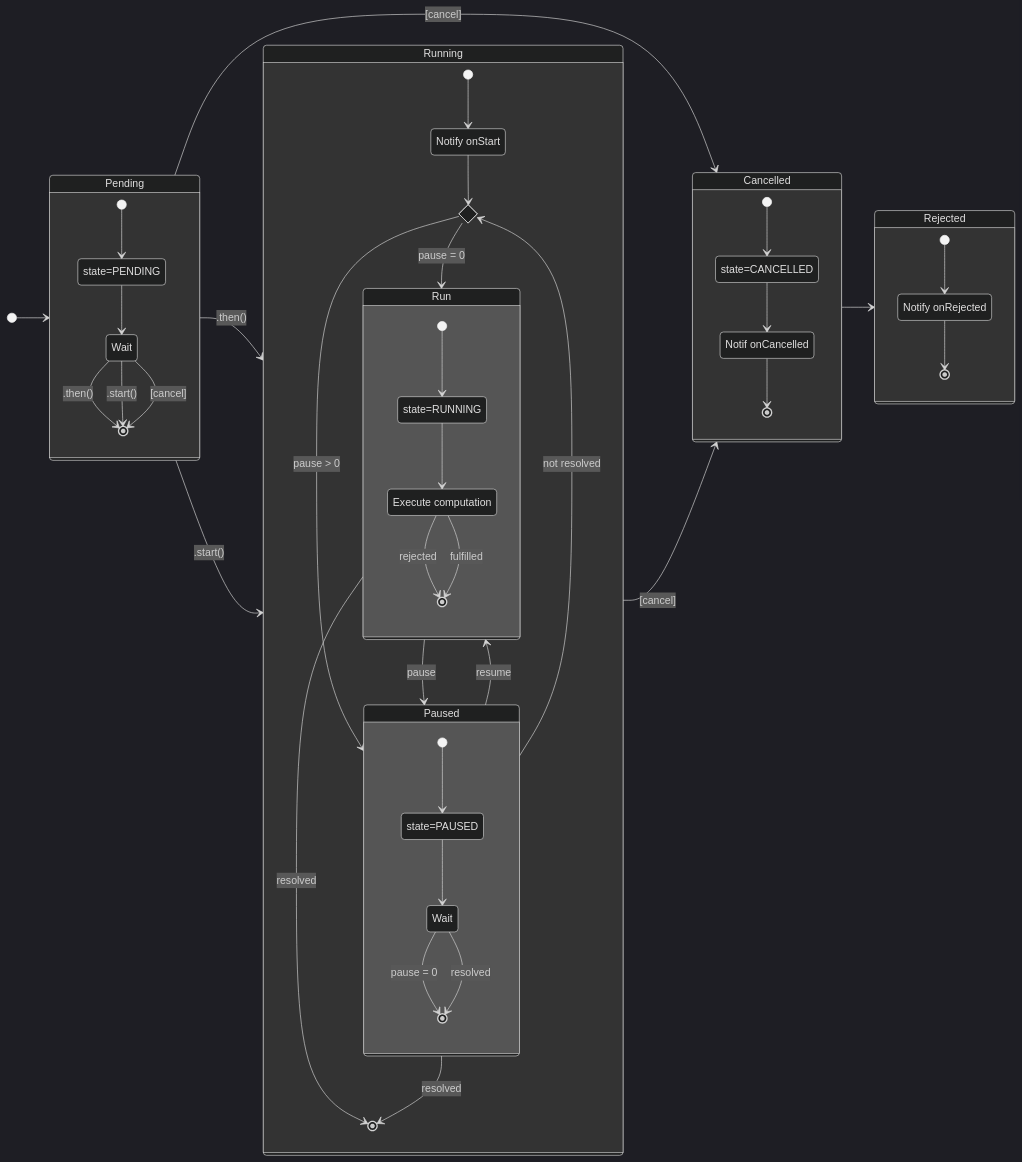
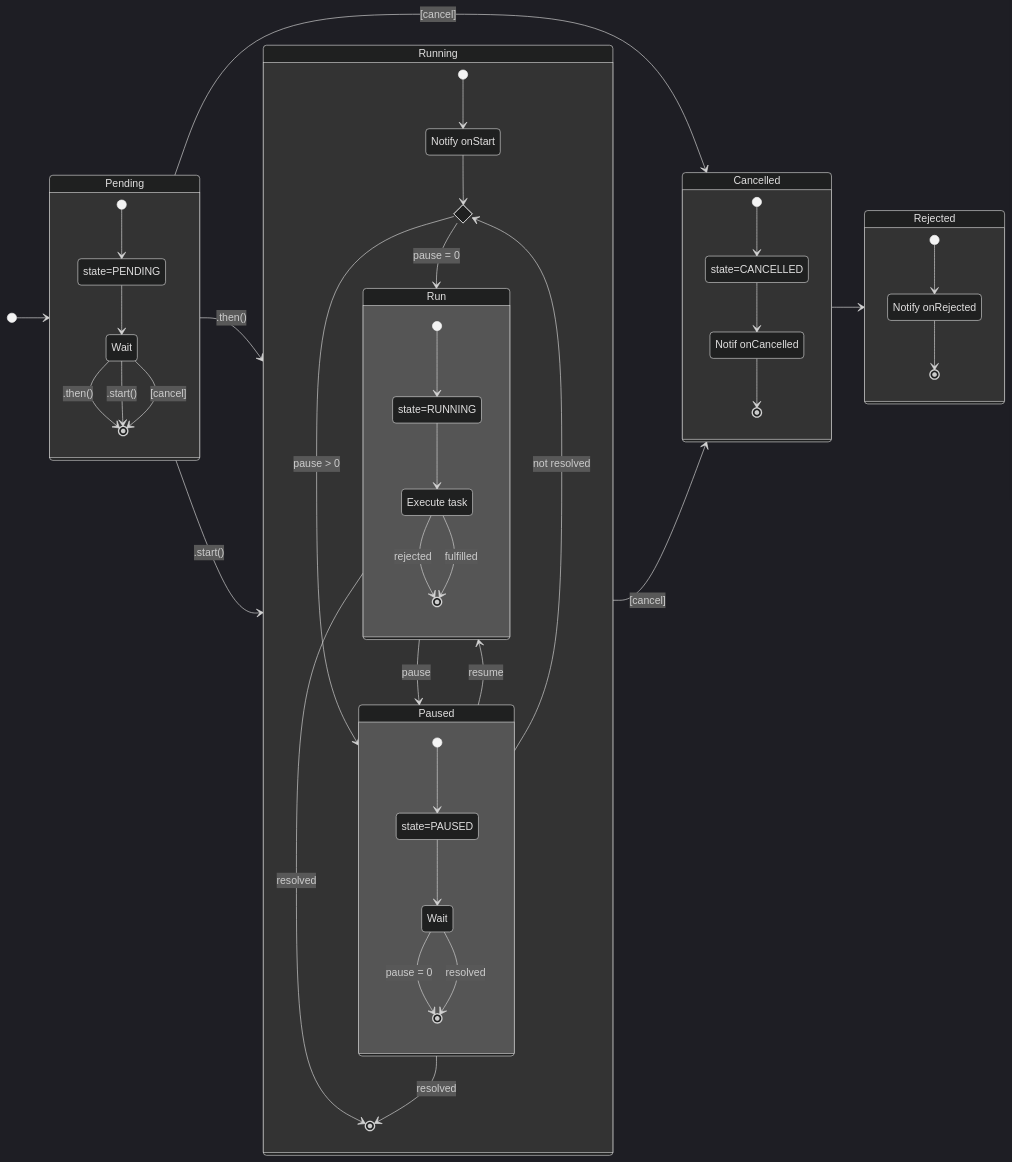
The diagram in src/images/cancel.mmd (BobKerns/better-future), drawn with Mermaid (dark theme) before and after one commit. The commit also changed 18 other files, not shown here.

Commit message:
Massive rename: computation -> task.

```diff
--- a/src/images/cancel.mmd
+++ b/src/images/cancel.mmd
@@ -1,61 +1,61 @@
 stateDiagram-v2
     direction LR
 
     [*] --> Pending
     Pending--> Running : .then()
     Pending--> Running : .start()
     Pending--> Cancelled : [cancel]
     Running --> Cancelled : [cancel]
     Cancelled --> Rejected
 
     state Pending {
       [*] --> state=PENDING
       state=PENDING --> Wait_pending
       Wait_pending --> [*] : .then()
       Wait_pending --> [*] : .start()
       Wait_pending --> [*] : [cancel]
       Wait_pending : Wait
     }
 
 state Running {
       state if_pause <<choice>>
 
       [*] --> NotifyStarted
       NotifyStarted --> if_pause
       if_pause --> Run : pause = 0
       if_pause --> Paused : pause > 0
       Run --> Paused : pause
       Paused --> Run : resume
       Run --> [*] : resolved
       Paused --> [*] : resolved
       Paused --> if_pause : not resolved
       NotifyStarted : Notify onStart
 
       state Run {
         [*] --> state=RUNNING
         state=RUNNING --> Execute
         Execute --> [*] : rejected
         Execute --> [*] : fulfilled
-        Execute : Execute computation
+        Execute : Execute task
       }
 
       state Paused {
         [*] --> state=PAUSED
         state=PAUSED --> Wait
         Wait --> [*] : pause = 0
         Wait --> [*] : resolved
       }
     }
 
     state Rejected {
       [*] --> NotifyRejected
       NotifyRejected --> [*]
       NotifyRejected : Notify onRejected
     }
 
     state Cancelled {
       [*] --> state=CANCELLED
       state=CANCELLED --> NotifyCancelled
       NotifyCancelled --> [*]
       NotifyCancelled: Notif onCancelled
     }
```
